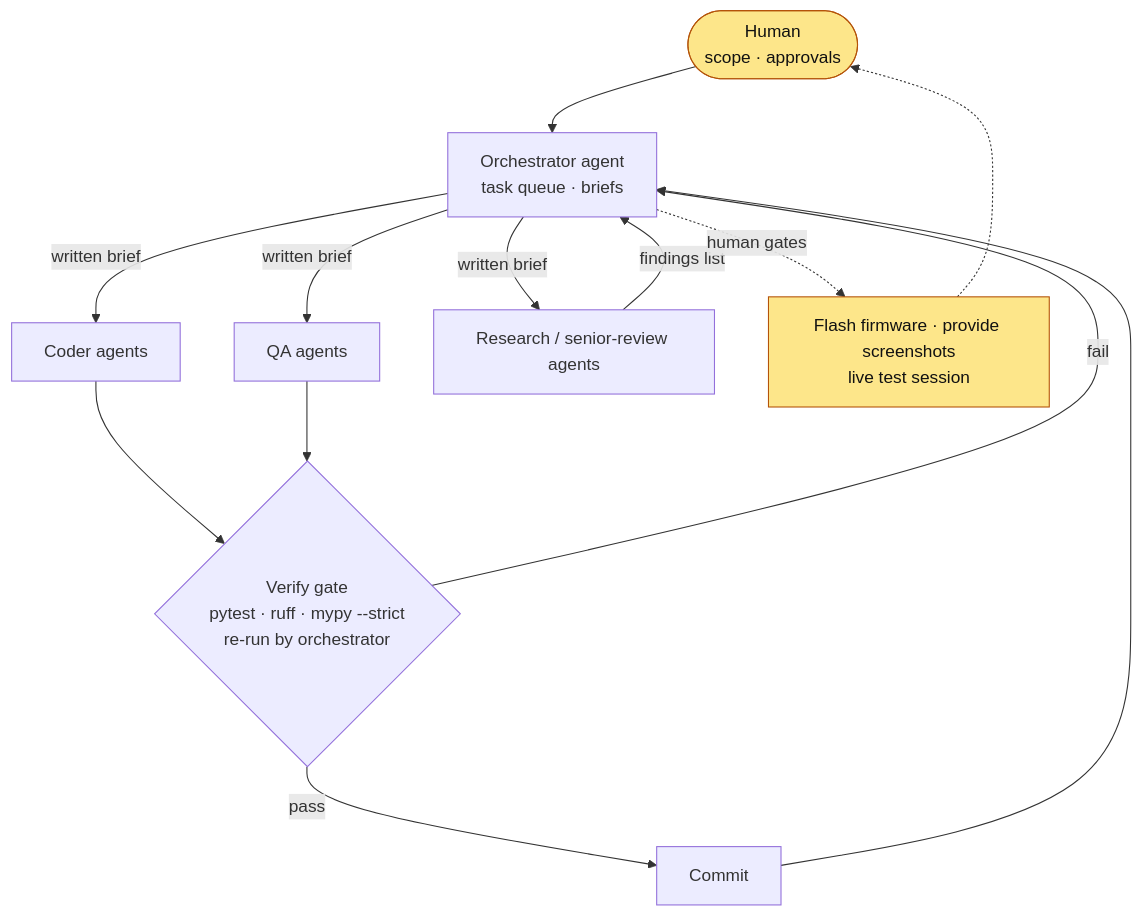
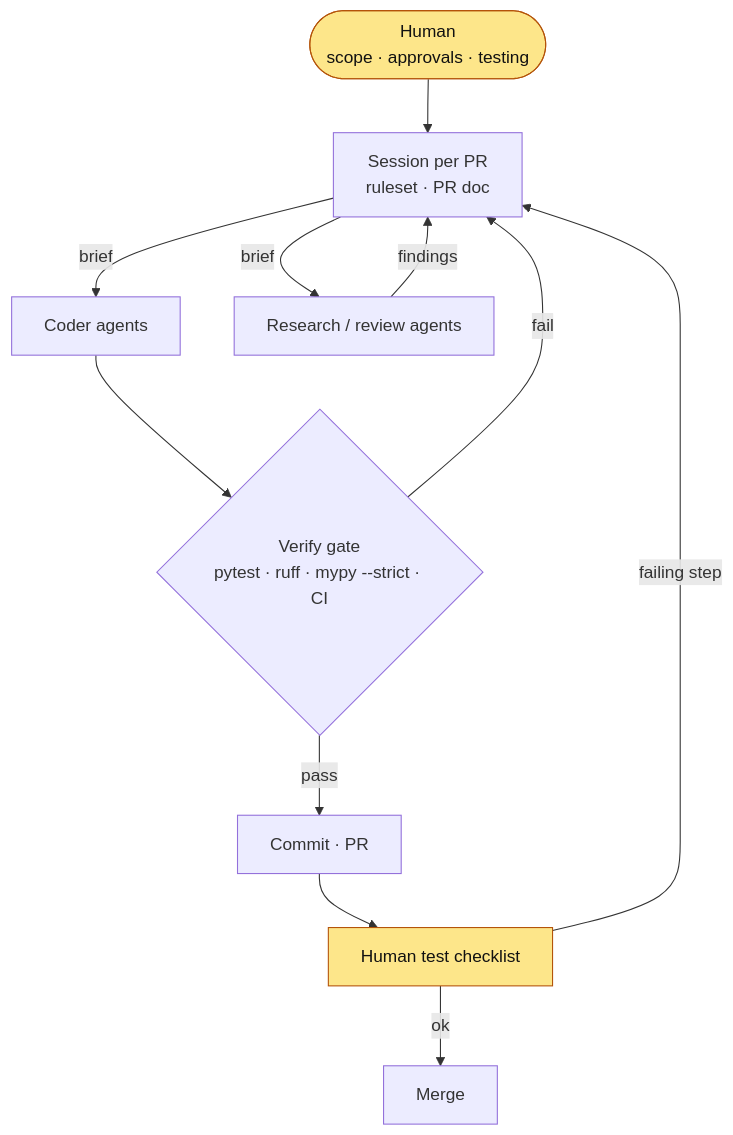
One commit to Mascotte33/Moonlight changed the second of 2 diagrams in README.md. Above: the diagram before and after it, drawn with Mermaid. The commit also changed other lines of this file, not shown here.

````diff
--- a/README.md
+++ b/README.md
@@ -739,17 +153,15 @@
 ```mermaid
 flowchart TD
-    H(["Human<br/>scope · approvals"]) --> O["Orchestrator agent<br/>task queue · briefs"]
-    O -->|written brief| C["Coder agents"]
-    O -->|written brief| Q["QA agents"]
-    O -->|written brief| R["Research / senior-review agents"]
-    C --> G{"Verify gate<br/>pytest · ruff · mypy --strict<br/>re-run by orchestrator"}
-    Q --> G
-    R -->|findings list| O
-    G -->|pass| M["Commit"]
-    G -->|fail| O
-    M --> O
-    O -.->|human gates| HG["Flash firmware · provide screenshots<br/>live test session"]
-    HG -.-> H
+    H(["Human<br/>scope · approvals · testing"]) --> S["Session per PR<br/>ruleset · PR doc"]
+    S -->|brief| C["Coder agents"]
+    S -->|brief| R["Research / review agents"]
+    C --> G{"Verify gate<br/>pytest · ruff · mypy --strict · CI"}
+    R -->|findings| S
+    G -->|pass| M["Commit · PR"]
+    G -->|fail| S
+    M --> T["Human test checklist"]
+    T -->|ok| MG["Merge"]
+    T -->|failing step| S
     classDef human fill:#fde68a,stroke:#b45309,color:#111;
-    class H,HG human;
+    class H,T human;
 ```
````
